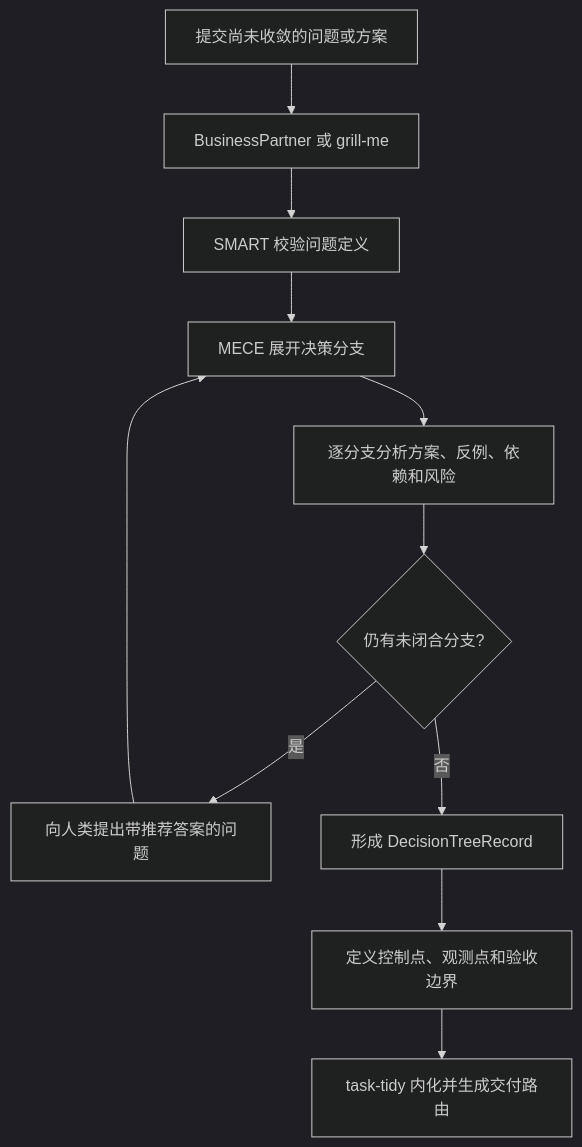
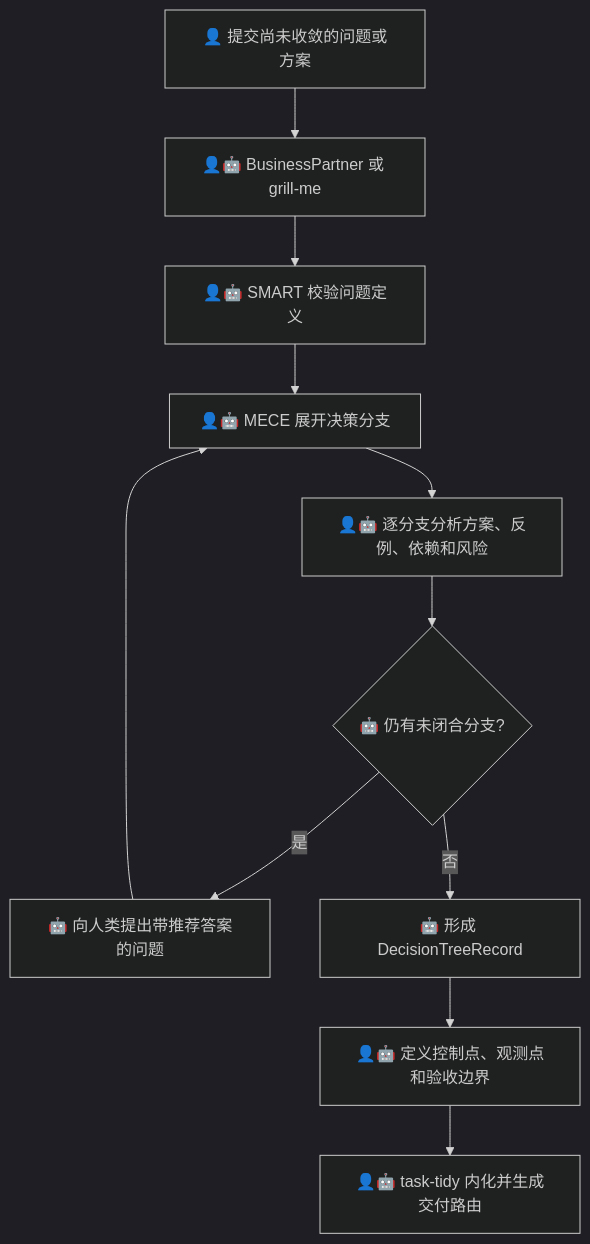
Before and after one commit to derekhu0002/Argo: the sixth of 11 diagrams in design/argo-harness/usage-scenarios/README.md, drawn with Mermaid (dark theme). The commit also changed other lines of this file, not shown here.

````diff
--- a/design/argo-harness/usage-scenarios/README.md
+++ b/design/argo-harness/usage-scenarios/README.md
@@ -163,13 +166,13 @@
 ```mermaid
 flowchart TD
-    A[提交尚未收敛的问题或方案] --> B[BusinessPartner 或 grill-me]
-    B --> C[SMART 校验问题定义]
-    C --> D[MECE 展开决策分支]
-    D --> E[逐分支分析方案、反例、依赖和风险]
-    E --> F{仍有未闭合分支?}
-    F -- 是 --> G[向人类提出带推荐答案的问题]
+    A[👤 提交尚未收敛的问题或方案] --> B[👤🤖 BusinessPartner 或 grill-me]
+    B --> C[👤🤖 SMART 校验问题定义]
+    C --> D[👤🤖 MECE 展开决策分支]
+    D --> E[👤🤖 逐分支分析方案、反例、依赖和风险]
+    E --> F{🤖 仍有未闭合分支?}
+    F -- 是 --> G[🤖 向人类提出带推荐答案的问题]
     G --> D
-    F -- 否 --> H[形成 DecisionTreeRecord]
-    H --> I[定义控制点、观测点和验收边界]
-    I --> J[task-tidy 内化并生成交付路由]
+    F -- 否 --> H[🤖 形成 DecisionTreeRecord]
+    H --> I[👤🤖 定义控制点、观测点和验收边界]
+    I --> J[👤🤖 task-tidy 内化并生成交付路由]
 ```
````
